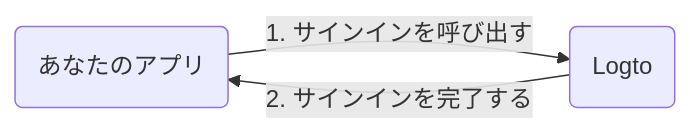
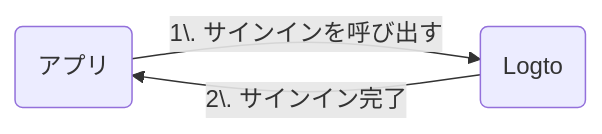
One commit to logto-io/docs changed the diagram in i18n/ja/docusaurus-plugin-content-docs/current/quick-starts/fragments/_web-sign-in-flow-summary.mdx. Above: the diagram before and after it, drawn with Mermaid. The commit also changed other lines of this file and 162 other files, not shown here.

````diff
--- a/i18n/ja/docusaurus-plugin-content-docs/current/quick-starts/fragments/_web-sign-in-flow-summary.mdx
+++ b/i18n/ja/docusaurus-plugin-content-docs/current/quick-starts/fragments/_web-sign-in-flow-summary.mdx
@@ -5,5 +5,5 @@
 ```mermaid
 graph LR
-    A(あなたのアプリ) -->|1. サインインを呼び出す| B(Logto)
-    B -->|2. サインインを完了する| A
+    A(アプリ) -->|1\. サインインを呼び出す| B(Logto)
+    B -->|2\. サインイン完了| A
 ```
````
